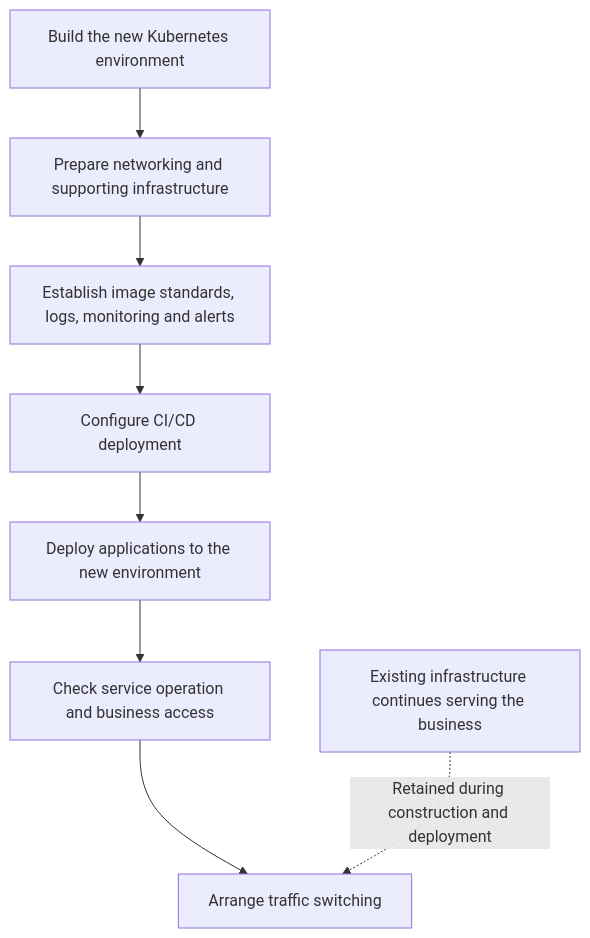
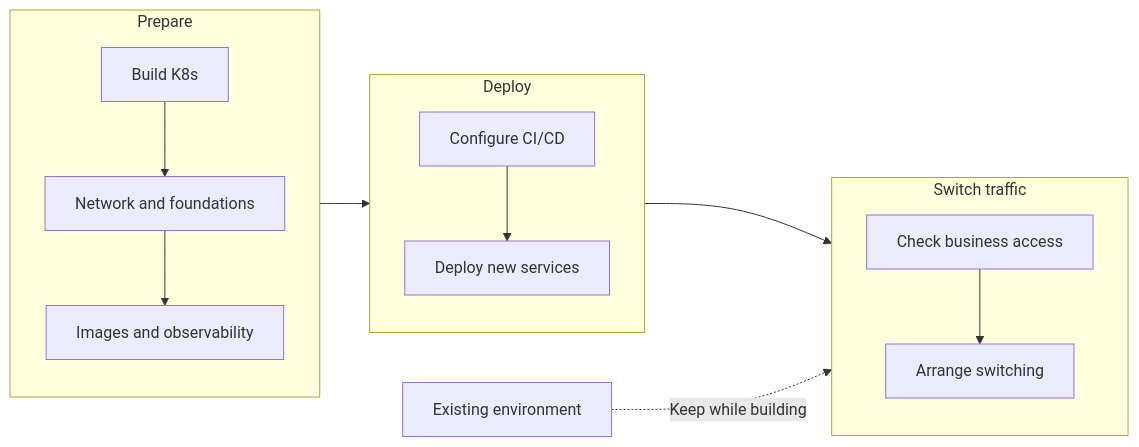
Before and after one commit to cytlabs/personal-site: the first of 3 diagrams in content/en/cases/kubernetes-platform.md, drawn with Mermaid. The commit also changed other lines of this file and 17 other files, not shown here.

First line of the commit message:
统一图表排版、主题和大图查看 (#15)

````diff
--- a/content/en/cases/kubernetes-platform.md
+++ b/content/en/cases/kubernetes-platform.md
@@ -19,10 +19,17 @@
 ```mermaid
-flowchart TD
-    A["Build the new Kubernetes environment"] --> B["Prepare networking and supporting infrastructure"]
-    B --> C["Establish image standards, logs, monitoring and alerts"]
-    C --> D["Configure CI/CD deployment"]
-    D --> E["Deploy applications to the new environment"]
-    E --> F["Check service operation and business access"]
-    F --> G["Arrange traffic switching"]
-    O["Existing infrastructure continues serving the business"] -.->|Retained during construction and deployment| G
+flowchart LR
+    subgraph ENV["Prepare"]
+        direction TB
+        A["Build K8s"] --> B["Network and foundations"] --> C["Images and observability"]
+    end
+    subgraph DEPLOY["Deploy"]
+        direction TB
+        D["Configure CI/CD"] --> E["Deploy new services"]
+    end
+    subgraph SWITCH["Switch traffic"]
+        direction TB
+        F["Check business access"] --> G["Arrange switching"]
+    end
+    ENV --> DEPLOY --> SWITCH
+    O["Existing environment"] -.->|Keep while building| SWITCH
 ```
````
